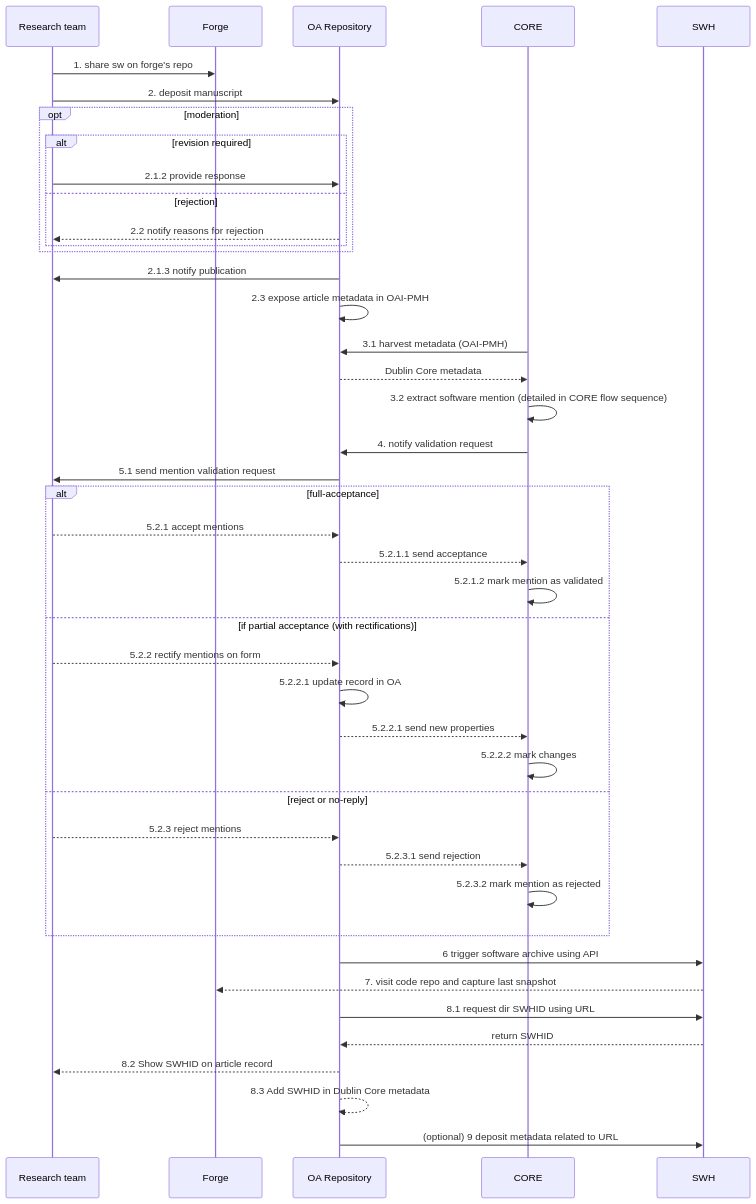
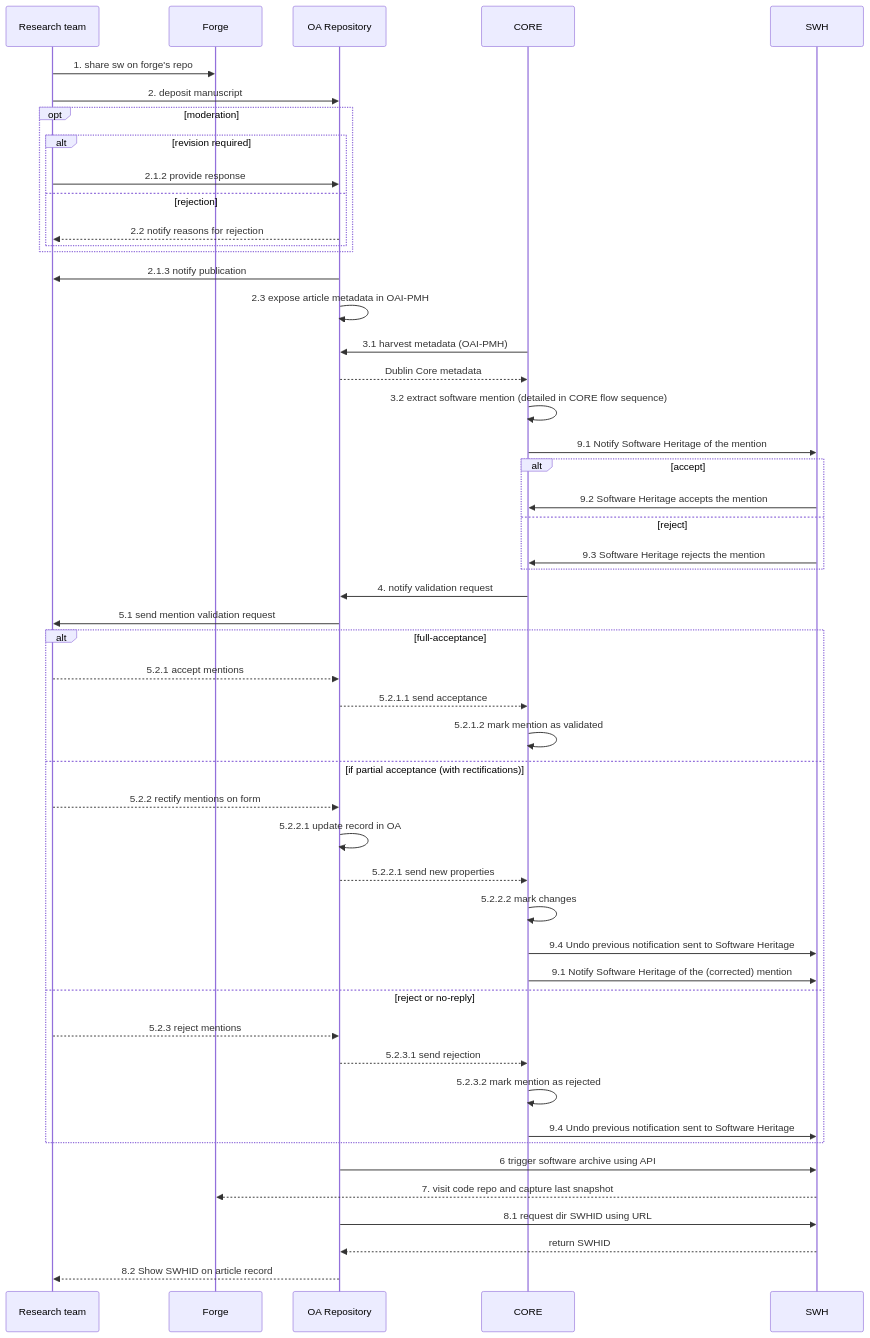
The first of 2 diagrams in docs/04-workflow.md (herrboyer/SoFairOA-documentation), drawn with Mermaid before and after one commit. The commit also changed other lines of this file, not shown here.

Commit message:
Integrate SWH COAR Notify to the workflow

````diff
--- a/docs/04-workflow.md
+++ b/docs/04-workflow.md
@@ -25,51 +25,58 @@
 ```mermaid
 sequenceDiagram
     Participant Research team
     Participant Forge
     Participant OA Repository
     Participant CORE
     Participant SWH
     Research team->>Forge: 1. share sw on forge's repo
     Research team->>OA Repository:  2. deposit manuscript
     opt moderation
-    alt revision required
-######         OA Repository-->> Research team: 2.1.1 request for modification
-        Research team->> OA Repository: 2.1.2 provide response
-
-    else rejection
-    OA Repository-->>Research team: 2.2 notify reasons for rejection
-    end
+        alt revision required
+            Research team->> OA Repository: 2.1.2 provide response
+        else rejection
+            OA Repository-->>Research team: 2.2 notify reasons for rejection
+        end
     end
     OA Repository->>Research team: 2.1.3 notify publication
     OA Repository->>OA Repository: 2.3 expose article metadata in OAI-PMH
     CORE->>OA Repository: 3.1 harvest metadata (OAI-PMH)
     OA Repository-->>CORE: Dublin Core metadata
     CORE->>CORE: 3.2 extract software mention (detailed in CORE flow sequence)
 
+    CORE->>SWH: 9.1 Notify Software Heritage of the mention
+
+    alt accept
+        SWH->>CORE: 9.2 Software Heritage accepts the mention
+    else reject
+        SWH->>CORE: 9.3 Software Heritage rejects the mention
+    end
+
     CORE->>OA Repository: 4. notify validation request
     OA Repository->>Research team: 5.1 send mention validation request
+
     alt full-acceptance
         Research team-->>OA Repository: 5.2.1 accept mentions
         OA Repository-->>CORE: 5.2.1.1 send acceptance
         CORE->>CORE: 5.2.1.2 mark mention as validated
     else if partial acceptance (with rectifications)
         Research team-->>OA Repository: 5.2.2 rectify mentions on form
         OA Repository->>OA Repository: 5.2.2.1 update record in OA
         OA Repository-->>CORE: 5.2.2.1 send new properties
         CORE->>CORE: 5.2.2.2 mark changes
+        CORE->>SWH: 9.4 Undo previous notification sent to Software Heritage
+        CORE->>SWH: 9.1 Notify Software Heritage of the (corrected) mention
     else reject or no-reply
         Research team-->>OA Repository: 5.2.3 reject mentions
         OA Repository-->>CORE: 5.2.3.1 send rejection
         CORE->>CORE: 5.2.3.2 mark mention as rejected
+        CORE->>SWH: 9.4 Undo previous notification sent to Software Heritage
+        
     end
-
 
     OA Repository->>SWH: 6 trigger software archive using API
     SWH-->>Forge: 7. visit code repo and capture last snapshot
-
     OA Repository->>SWH: 8.1 request dir SWHID using URL
     SWH-->>OA Repository: return SWHID
     OA Repository-->>Research team: 8.2 Show SWHID on article record
-    OA Repository-->>OA Repository: 8.3 Add SWHID in Dublin Core metadata
-    OA Repository->>SWH: (optional) 9 deposit metadata related to URL
 ```
````
